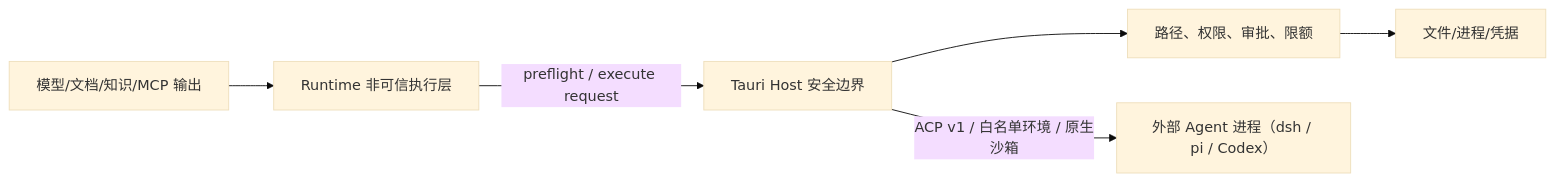
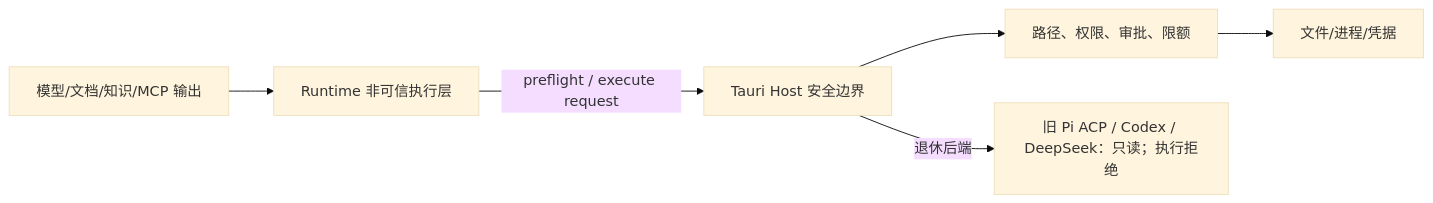
Before and after one commit to Hry1729/Fox-Agent: the diagram in docs/02-架构/安全架构.md, drawn with Mermaid (base theme). The commit also changed other lines of this file and 95 other files, not shown here.

````diff
--- a/docs/02-架构/安全架构.md
+++ b/docs/02-架构/安全架构.md
@@ -14,8 +14,8 @@
 ```mermaid
 flowchart LR
     UNTRUST["模型/文档/知识/MCP 输出"] --> RUNTIME["Runtime 非可信执行层"]
     RUNTIME -->|"preflight / execute request"| HOST["Tauri Host 安全边界"]
     HOST --> POLICY["路径、权限、审批、限额"]
     POLICY --> LOCAL["文件/进程/凭据"]
-    HOST -->|"ACP v1 / 白名单环境 / 原生沙箱"| EXT["外部 Agent 进程（dsh / pi / Codex）"]
+    HOST -->|"退休后端"| EXT["旧 Pi ACP / Codex / DeepSeek：只读；执行拒绝"]
 ```
````
